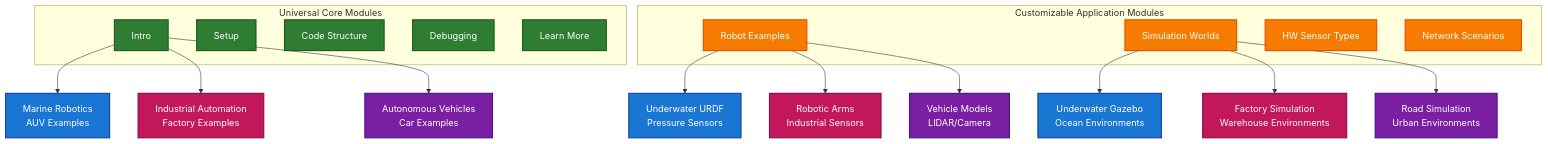
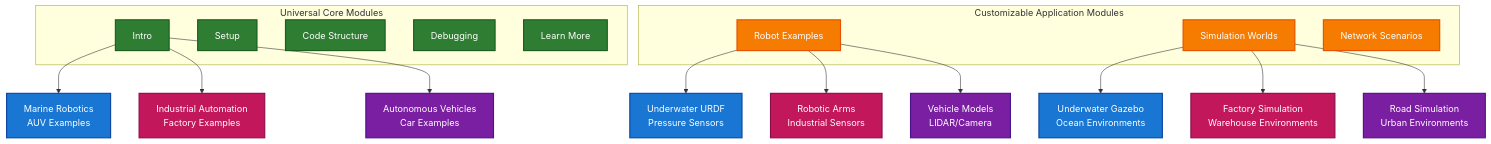
The fourth of 5 diagrams in ros2-workshop-modular-architecture.md (DynoRobotics/dyno_ros2_courses), drawn with Mermaid before and after one commit. The commit also changed other lines of this file and 13 other files, not shown here.

````diff
--- a/ros2-workshop-modular-architecture.md
+++ b/ros2-workshop-modular-architecture.md
@@ -92,41 +92,40 @@
 ```mermaid
 graph TD
     subgraph "Universal Core Modules"
         U1[Intro]
         U2[Setup]
         U3[Code Structure]
         U4[Debugging]
         U5[Learn More]
     end
-    
+
     subgraph "Customizable Application Modules"
         C1[Robot Examples]
         C2[Simulation Worlds]
-        C3[HW Sensor Types]
-        C4[Network Scenarios]
+        C3[Network Scenarios]
     end
-    
+
     U1 --> M1[Marine Robotics<br/>AUV Examples]
     U1 --> I1[Industrial Automation<br/>Factory Examples]
     U1 --> A1[Autonomous Vehicles<br/>Car Examples]
-    
+
     C1 --> M2[Underwater URDF<br/>Pressure Sensors]
     C1 --> I2[Robotic Arms<br/>Industrial Sensors]
     C1 --> A2[Vehicle Models<br/>LIDAR/Camera]
-    
+
     C2 --> M3[Underwater Gazebo<br/>Ocean Environments]
     C2 --> I3[Factory Simulation<br/>Warehouse Environments]
     C2 --> A3[Road Simulation<br/>Urban Environments]
-    
+
     classDef universal fill:#2e7d32,stroke:#1b5e20,stroke-width:2px,color:#ffffff
     classDef customizable fill:#f57c00,stroke:#e65100,stroke-width:2px,color:#ffffff
     classDef marine fill:#1976d2,stroke:#0d47a1,stroke-width:2px,color:#ffffff
     classDef industrial fill:#c2185b,stroke:#880e4f,stroke-width:2px,color:#ffffff
     classDef automotive fill:#7b1fa2,stroke:#4a148c,stroke-width:2px,color:#ffffff
-    
+
     class U1,U2,U3,U4,U5 universal
-    class C1,C2,C3,C4 customizable
+    class C1,C2,C3 customizable
     class M1,M2,M3 marine
     class I1,I2,I3 industrial
     class A1,A2,A3 automotive
 ```
````
